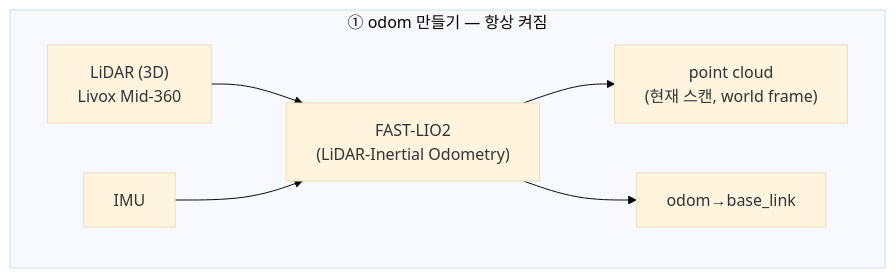
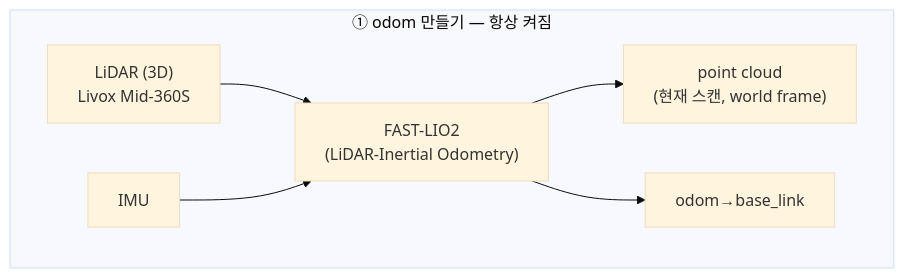
One commit to codebaragi23/ROS2-doc changed the first of 4 diagrams in 5_드론 적용/P1_둠둠_프로젝트/01_통합_노드_아키텍처.md. Above: the diagram before and after it, drawn with Mermaid (base theme). The commit also changed other lines of this file and 15 other files, not shown here.

````diff
--- a/5_드론 적용/P1_둠둠_프로젝트/01_통합_노드_아키텍처.md
+++ b/5_드론 적용/P1_둠둠_프로젝트/01_통합_노드_아키텍처.md
@@ -23,12 +23,12 @@
 ```mermaid
 flowchart TB
     subgraph ODOM["① odom 만들기 — 항상 켜짐"]
         L["LiDAR (3D)
-Livox Mid-360"] --> LIO["FAST-LIO2
+Livox Mid-360S"] --> LIO["FAST-LIO2
 (LiDAR-Inertial Odometry)"]
         I[IMU] --> LIO
         LIO --> PC["point cloud
 (현재 스캔, world frame)"]
         LIO --> ODM["odom→base_link"]
     end
 ```
````
